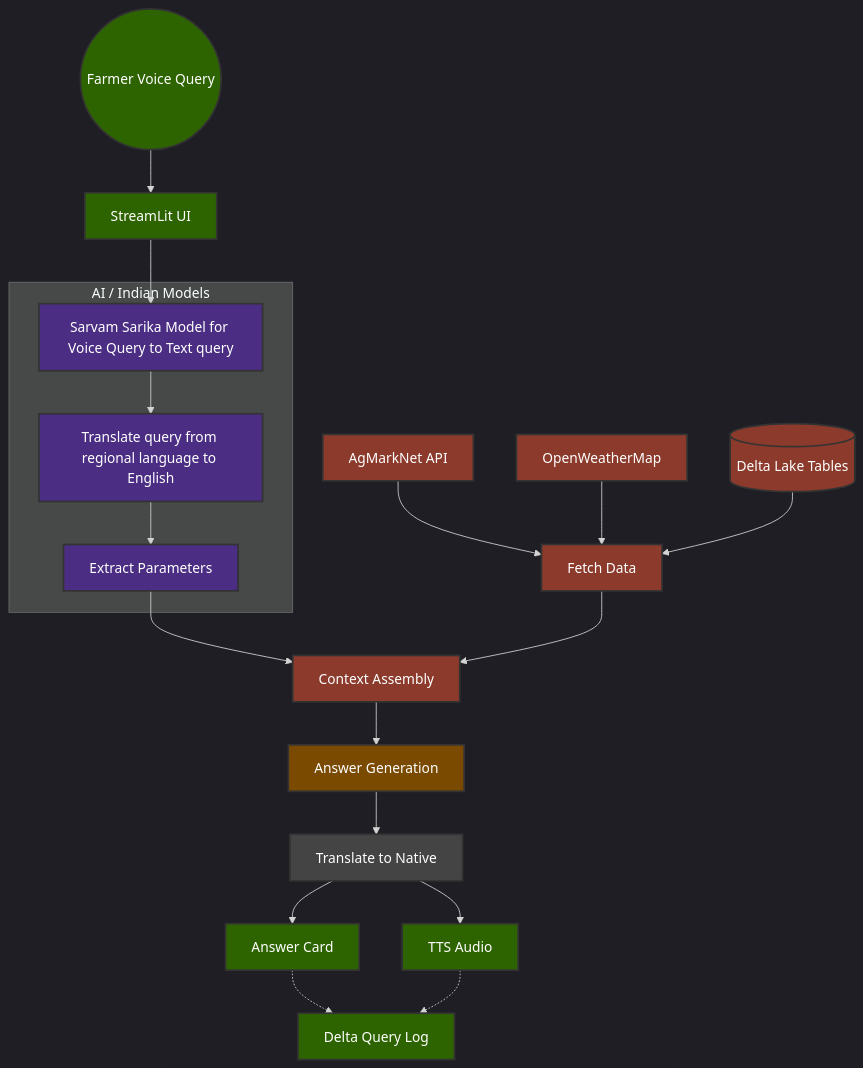
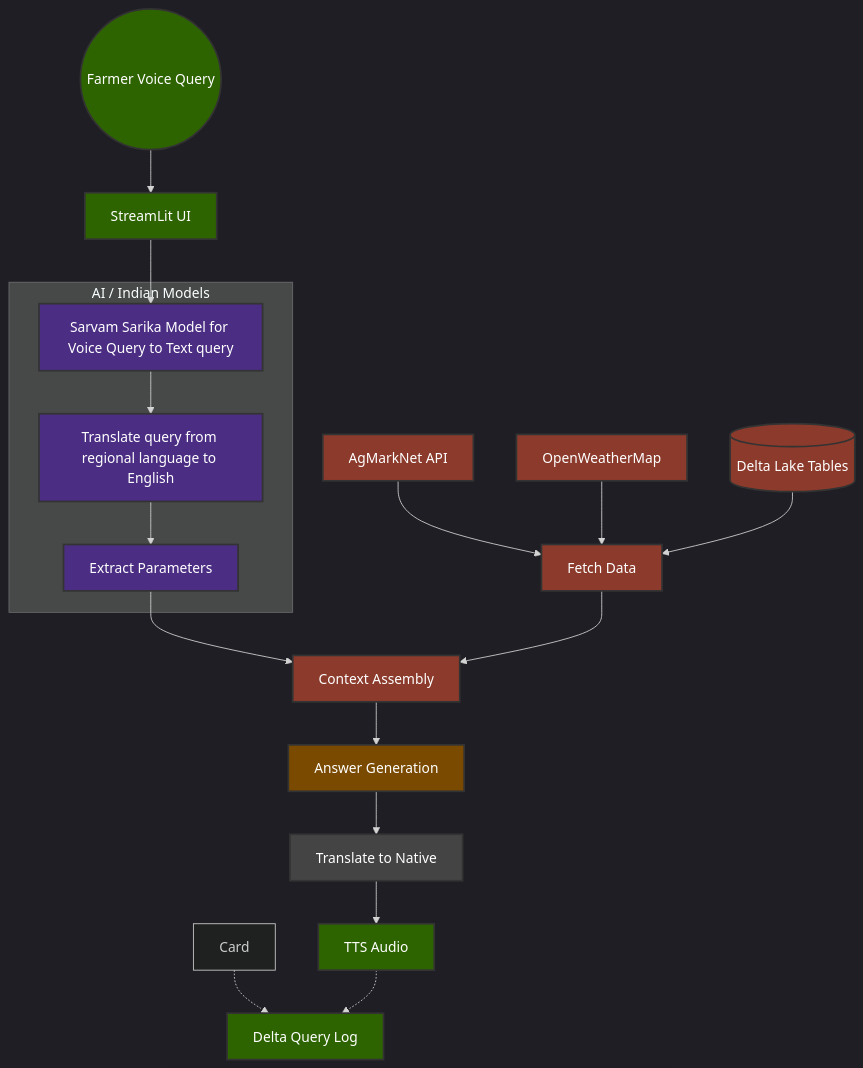
The diagram in README.md (amrit-chau-han/kisanvaani), drawn with Mermaid before and after one commit.

````diff
--- a/README.md
+++ b/README.md
@@ -16,41 +16,41 @@
 ```mermaid
 graph TD
     %%{init: {'theme': 'dark', 'flowchart': {'rankSpacing': 50, 'nodeSpacing': 50}}}%%
     %% Define Styles to match your SVG colors
     classDef ai fill:#4b2e83,color:#fff,stroke:#333,stroke-width:2px;
     classDef data fill:#8b3a2b,color:#fff,stroke:#333,stroke-width:2px;
     classDef io fill:#2e6400,color:#fff,stroke:#333,stroke-width:2px;
     classDef gen fill:#7a4a00,color:#fff,stroke:#333,stroke-width:2px;
     classDef util fill:#444,color:#fff,stroke:#333,stroke-width:2px;
 
 
     %% Main Flow
     Farmer((Farmer Voice Query)):::io --> UI[StreamLit UI]:::io
     UI --> STT[Sarvam Sarika Model for Voice Query to Text query]:::ai
     STT --> Param[Translate query from regional language to English]:::ai
     Param --> TransEN[Extract Parameters]:::ai
 
     %% Data Layer
     AgMark[AgMarkNet API]:::data --> Fetch[Fetch Data]:::data
     Weather[OpenWeatherMap]:::data --> Fetch
     Tables[(Delta Lake Tables)]:::data --> Fetch
     
     TransEN --> Context[Context Assembly]:::data
     Fetch --> Context
     
     Context --> Gen[Answer Generation]:::gen
     Gen --> TransNative[Translate to Native]:::util
     
-    TransNative --> Card[Answer Card]:::io
+    
     TransNative --> TTS[TTS Audio]:::io
     
     Card -.-> Log[Delta Query Log]:::io
     TTS -.-> Log
     
     %% Assigning groups
     subgraph AI_Layer [AI / Indian Models]
         STT
         Param
         TransEN
     end
 ```
````
